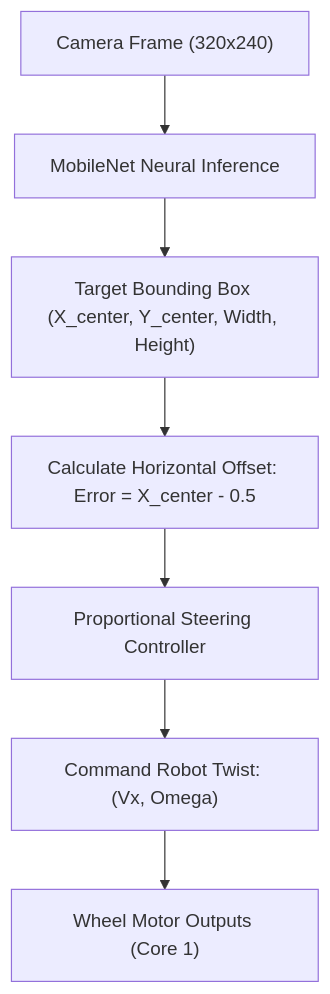
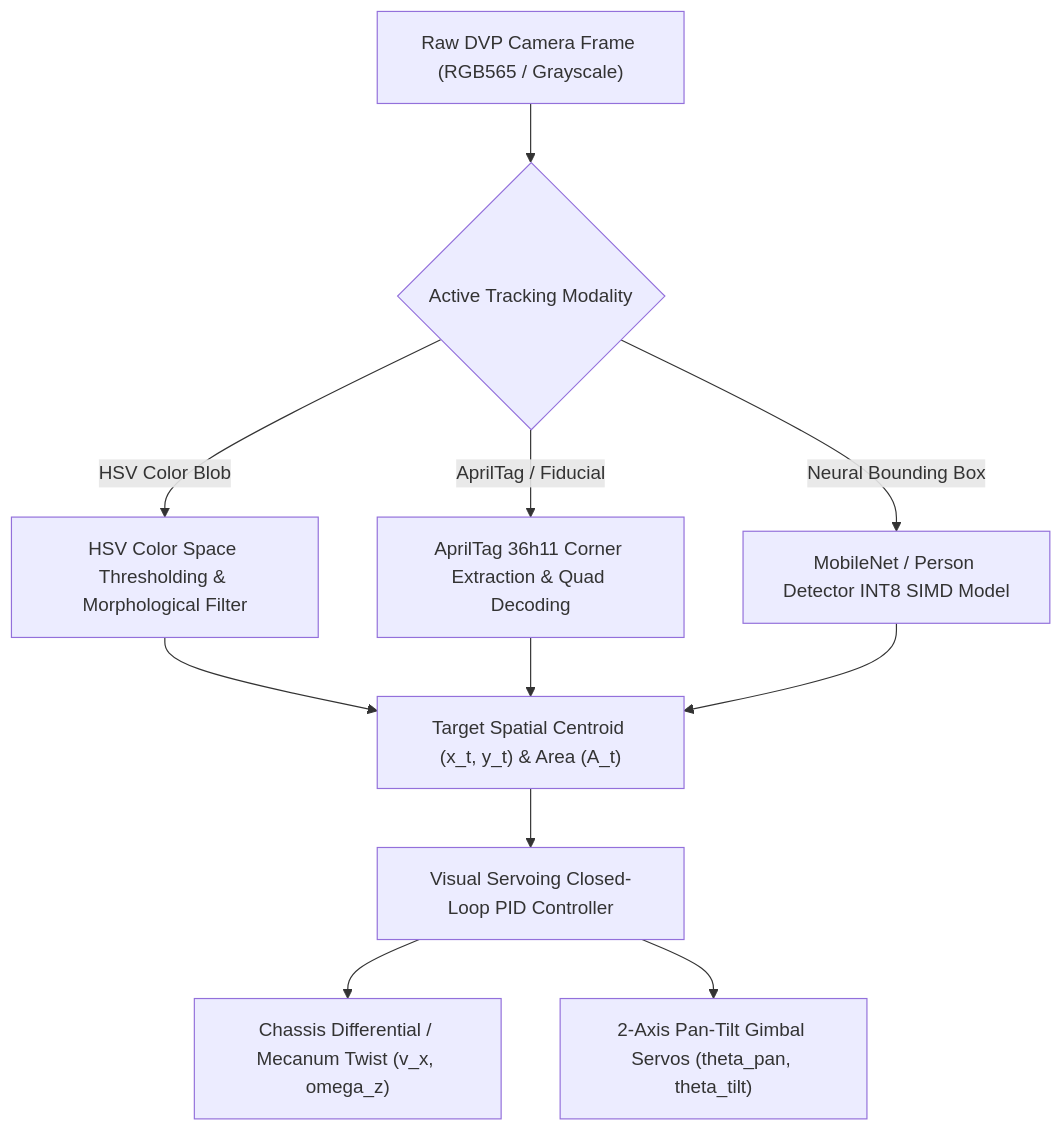
One commit to tamimystic/tamimystic-os changed the first of 2 diagrams in docs/ai-vision/visual-tracking.md. Above: the diagram before and after it, drawn with Mermaid. The commit also changed other lines of this file and 23 other files, not shown here.

````diff
--- a/docs/ai-vision/visual-tracking.md
+++ b/docs/ai-vision/visual-tracking.md
@@ -11,9 +11,16 @@
 ```mermaid
 graph TD
-    CAM["Camera Frame (320x240)"] --> TFLITE["MobileNet Neural Inference"]
-    TFLITE --> BOX["Target Bounding Box (X_center, Y_center, Width, Height)"]
-    BOX --> ERR["Calculate Horizontal Offset: Error = X_center - 0.5"]
-    ERR --> PID["Proportional Steering Controller"]
-    PID --> TWIST["Command Robot Twist: (Vx, Omega)"]
-    TWIST --> MOTORS["Wheel Motor Outputs (Core 1)"]
+    Frame["Raw DVP Camera Frame (RGB565 / Grayscale)"] --> PipelineChoice{"Active Tracking Modality"}
+    
+    PipelineChoice -->|HSV Color Blob| HSV["HSV Color Space Thresholding & Morphological Filter"]
+    PipelineChoice -->|AprilTag / Fiducial| AprilTag["AprilTag 36h11 Corner Extraction & Quad Decoding"]
+    PipelineChoice -->|Neural Bounding Box| AIModel["MobileNet / Person Detector INT8 SIMD Model"]
+    
+    HSV --> Centroid["Target Spatial Centroid (x_t, y_t) & Area (A_t)"]
+    AprilTag --> Centroid
+    AIModel --> Centroid
+    
+    Centroid --> Controller["Visual Servoing Closed-Loop PID Controller"]
+    Controller --> Chassis["Chassis Differential / Mecanum Twist (v_x, omega_z)"]
+    Controller --> Gimbal["2-Axis Pan-Tilt Gimbal Servos (theta_pan, theta_tilt)"]
 ```
````
